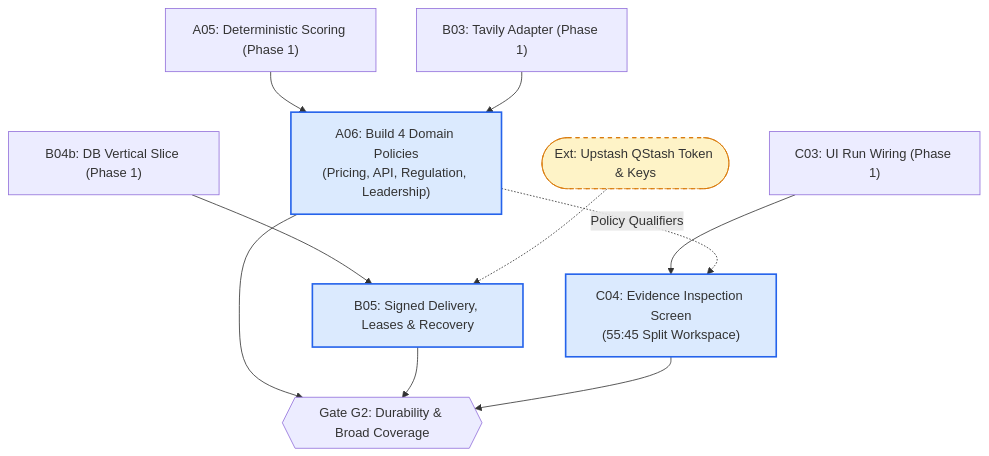
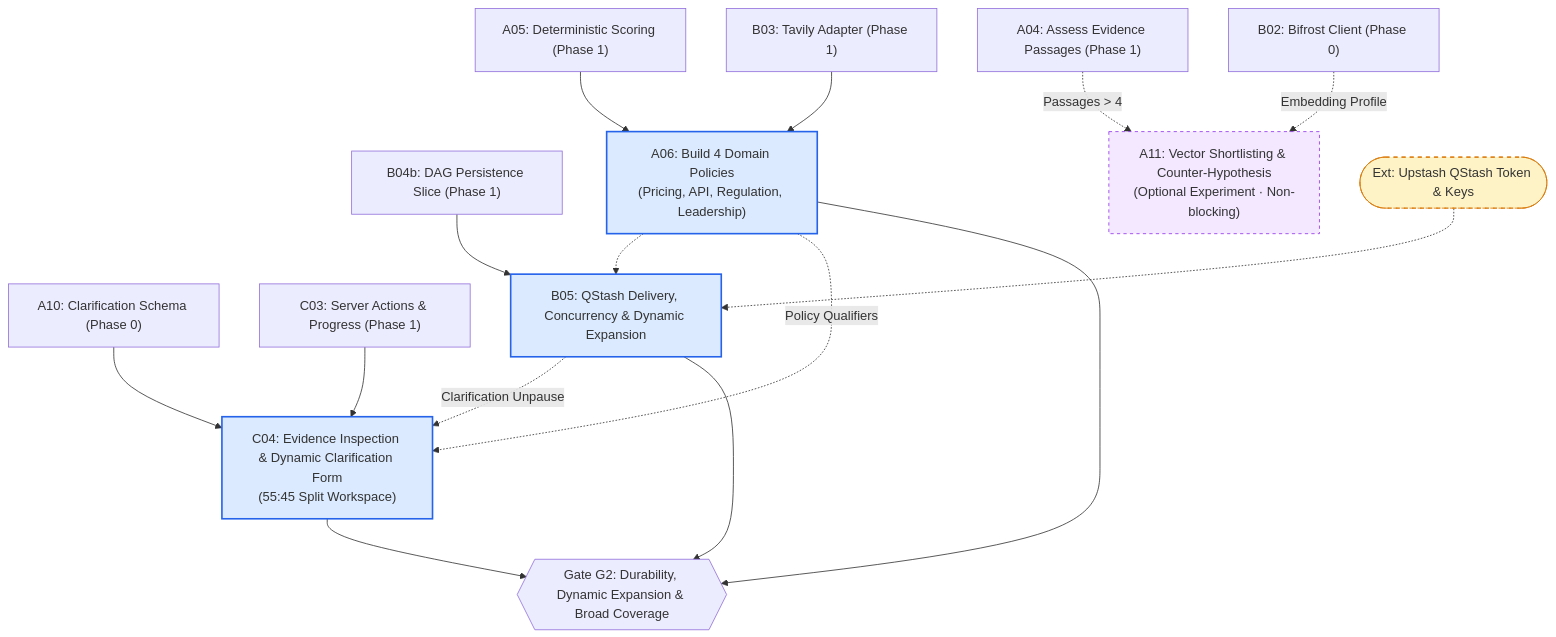
Before and after one commit to Driftaxe/Afterfact: the fourth of 6 diagrams in docs/PARALLEL-WORK-PLAN.md, drawn with Mermaid. The commit also changed other lines of this file and 1 other file, not shown here.

````diff
--- a/docs/PARALLEL-WORK-PLAN.md
+++ b/docs/PARALLEL-WORK-PLAN.md
@@ -241,32 +253,43 @@
 ```mermaid
 flowchart TD
     classDef unblocked fill:#dbeafe,stroke:#2563eb,stroke-width:2px;
     classDef external fill:#fef3c7,stroke:#d97706,stroke-width:1px,stroke-dasharray: 5 5;
+    classDef experimental fill:#f3e8ff,stroke:#9333ea,stroke-width:1px,stroke-dasharray: 4 4;
 
+    A04["A04: Assess Evidence Passages (Phase 1)"]
     A05["A05: Deterministic Scoring (Phase 1)"]
+    A10["A10: Clarification Schema (Phase 0)"]
+    B02["B02: Bifrost Client (Phase 0)"]
     B03["B03: Tavily Adapter (Phase 1)"]
-    B04b["B04b: DB Vertical Slice (Phase 1)"]
-    C03["C03: UI Run Wiring (Phase 1)"]
+    B04b["B04b: DAG Persistence Slice (Phase 1)"]
+    C03["C03: Server Actions & Progress (Phase 1)"]
 
     A06["A06: Build 4 Domain Policies\n(Pricing, API, Regulation, Leadership)"]:::unblocked
+    A11["A11: Vector Shortlisting & Counter-Hypothesis\n(Optional Experiment · Non-blocking)"]:::experimental
 
     QStashKey(["Ext: Upstash QStash Token & Keys"]):::external
-    B05["B05: Signed Delivery, Leases & Recovery"]:::unblocked
+    B05["B05: QStash Delivery, Concurrency & Dynamic Expansion"]:::unblocked
 
-    C04["C04: Evidence Inspection Screen\n(55:45 Split Workspace)"]:::unblocked
+    C04["C04: Evidence Inspection & Dynamic Clarification Form\n(55:45 Split Workspace)"]:::unblocked
 
-    GateG2{{"Gate G2: Durability & Broad Coverage"}}
+    GateG2{{"Gate G2: Durability, Dynamic Expansion & Broad Coverage"}}
 
     A05 --> A06
     B03 --> A06
 
+    A04 -.->|Passages > 4| A11
+    B02 -.->|Embedding Profile| A11
+
     B04b --> B05
+    A06 -.-> B05
     QStashKey -.-> B05
 
     C03 --> C04
+    A10 --> C04
+    B05 -.->|Clarification Unpause| C04
     A06 -.->|Policy Qualifiers| C04
 
     A06 --> GateG2
     B05 --> GateG2
     C04 --> GateG2
 ```
````
